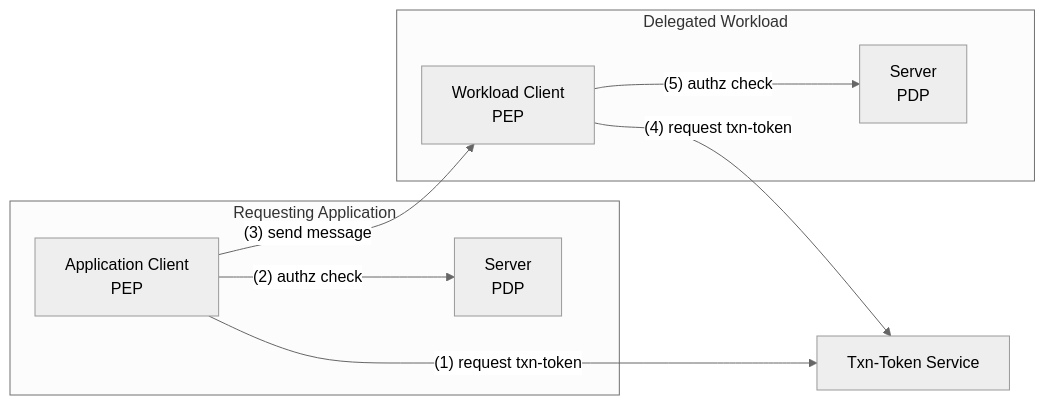
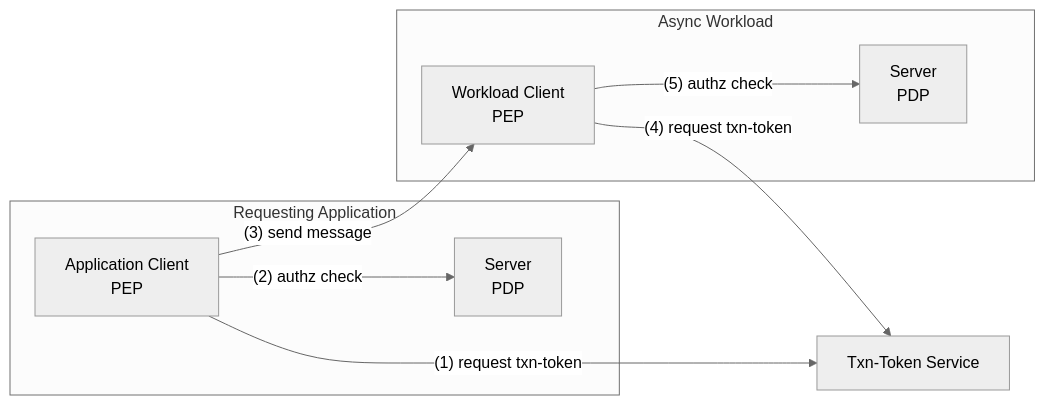
The second of 2 diagrams in content/openprotocolspec/2025-04-05/architecture/_index.md (ztauthstar/ztauthstar), drawn with Mermaid (neutral theme) before and after one commit. The commit also changed other lines of this file, not shown here.

````diff
--- a/content/openprotocolspec/2025-04-05/architecture/_index.md
+++ b/content/openprotocolspec/2025-04-05/architecture/_index.md
@@ -79,20 +95,20 @@
 ```mermaid
 graph LR
     subgraph "Requesting Application"
         C1[Application Client <br> PEP]
         S1[Server <br> PDP]
         C1 -- (2) authz check --> S1
     end
 
     TTS["Txn-Token Service"]
     C1 -- (1) request txn-token --> TTS
     C2 -- (4) request txn-token --> TTS
 
-    subgraph "Delegated Workload"
+    subgraph "Async Workload"
         C2[Workload Client <br> PEP]
         S2[Server <br> PDP]
         C2 -- (5) authz check --> S2
     end
 
     C1 -- (3) send message --> C2
 ```
````
